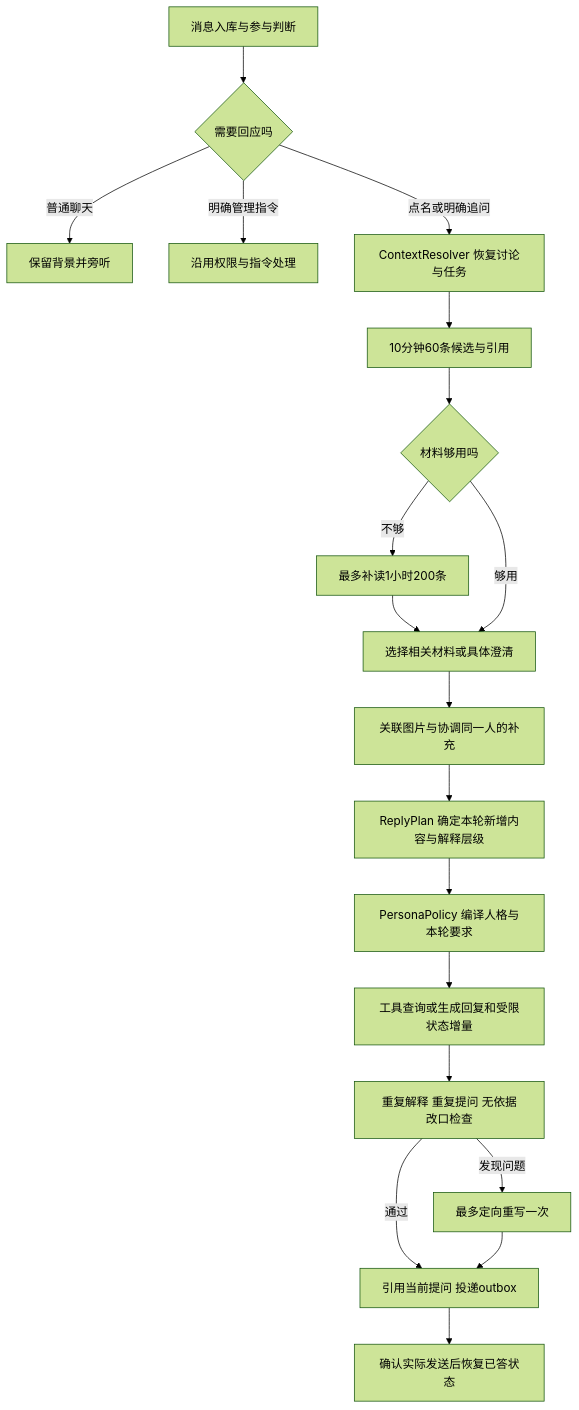
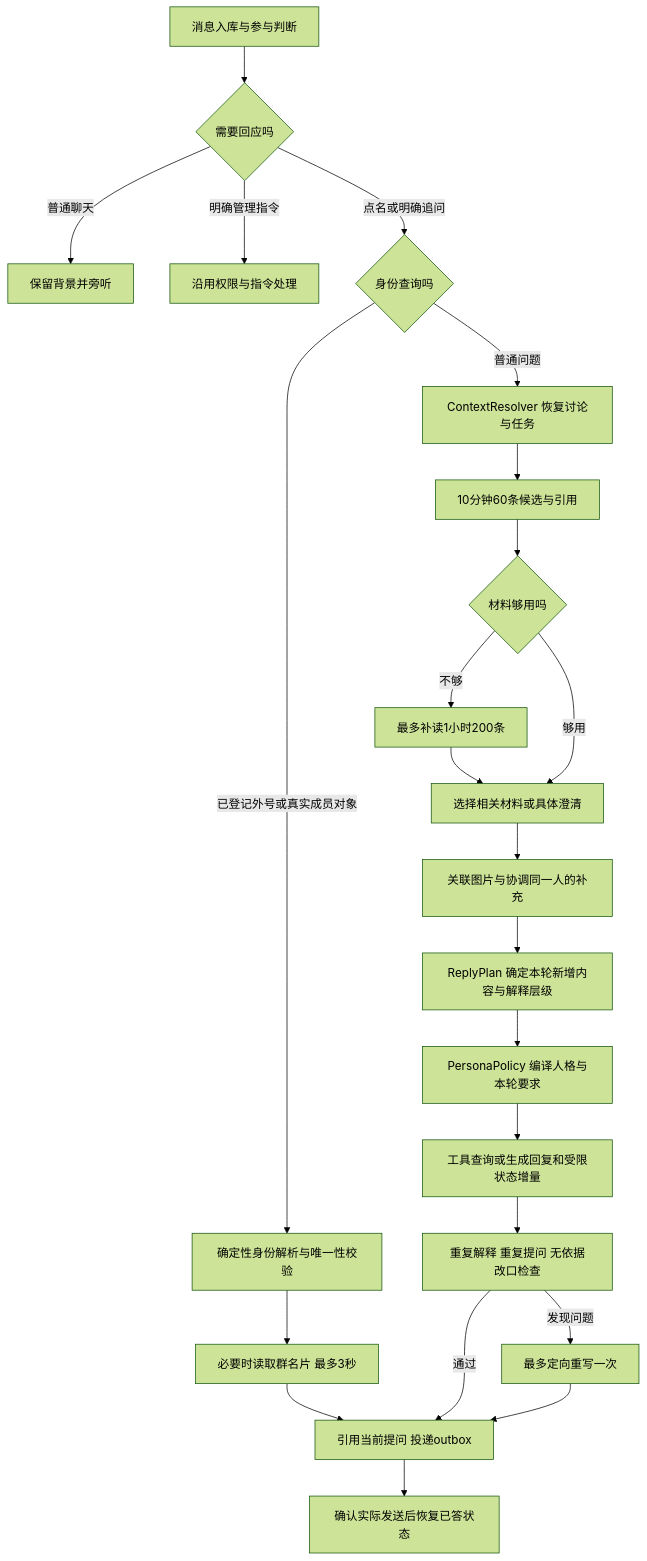
The diagram in docs/huixian-conversation-redesign.md (Jelix-o/ubot-ai-agent), drawn with Mermaid (forest theme) before and after one commit. The commit also changed other lines of this file and 15 other files, not shown here.

````diff
--- a/docs/huixian-conversation-redesign.md
+++ b/docs/huixian-conversation-redesign.md
@@ -5,21 +5,25 @@
 ```mermaid
 flowchart TD
   A[消息入库与参与判断] --> B{需要回应吗}
   B -->|普通聊天| C[保留背景并旁听]
   B -->|明确管理指令| D[沿用权限与指令处理]
-  B -->|点名或明确追问| E[ContextResolver 恢复讨论与任务]
+  B -->|点名或明确追问| Q{身份查询吗}
+  Q -->|已登记外号或真实成员对象| R[确定性身份解析与唯一性校验]
+  R --> S[必要时读取群名片 最多3秒]
+  S --> O
+  Q -->|普通问题| E[ContextResolver 恢复讨论与任务]
   E --> F[10分钟60条候选与引用]
   F --> G{材料够用吗}
   G -->|不够| H[最多补读1小时200条]
   H --> I[选择相关材料或具体澄清]
   G -->|够用| I
   I --> J[关联图片与协调同一人的补充]
   J --> K[ReplyPlan 确定本轮新增内容与解释层级]
   K --> X[PersonaPolicy 编译人格与本轮要求]
   X --> L[工具查询或生成回复和受限状态增量]
   L --> M[重复解释 重复提问 无依据改口检查]
   M -->|发现问题| N[最多定向重写一次]
   M -->|通过| O[引用当前提问 投递outbox]
   N --> O
   O --> P[确认实际发送后恢复已答状态]
 ```
````
